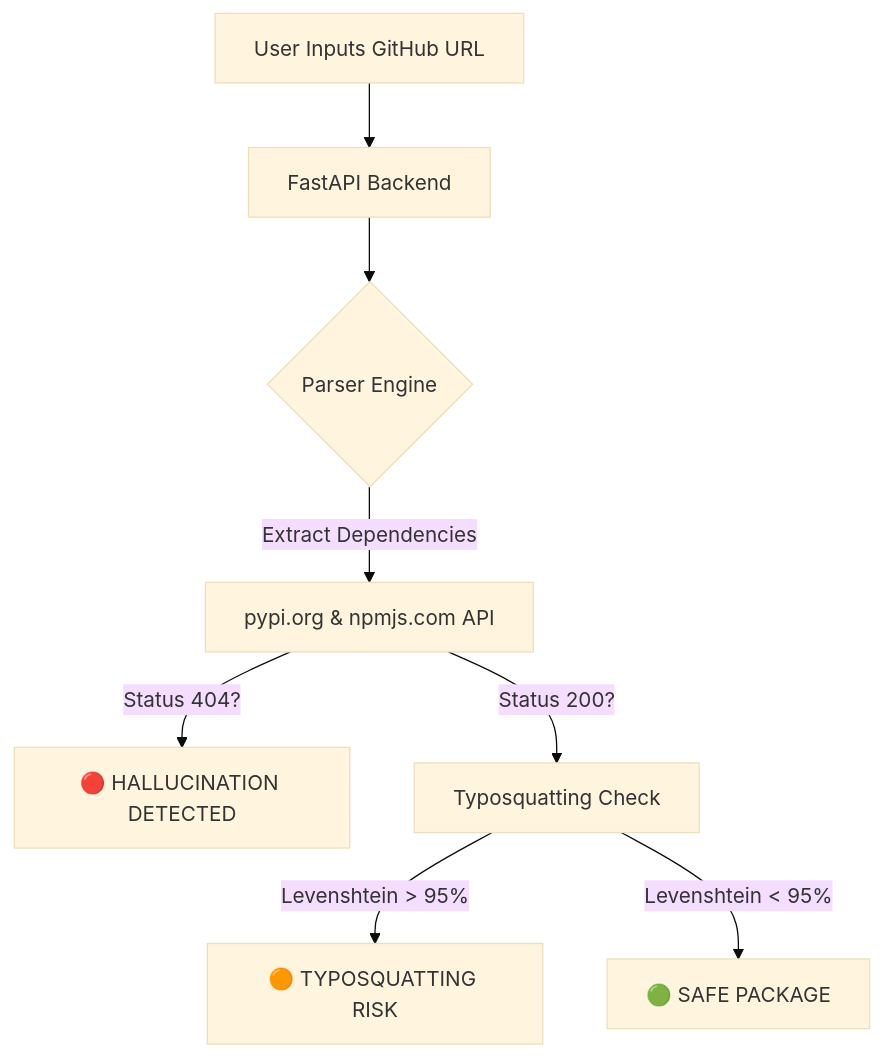
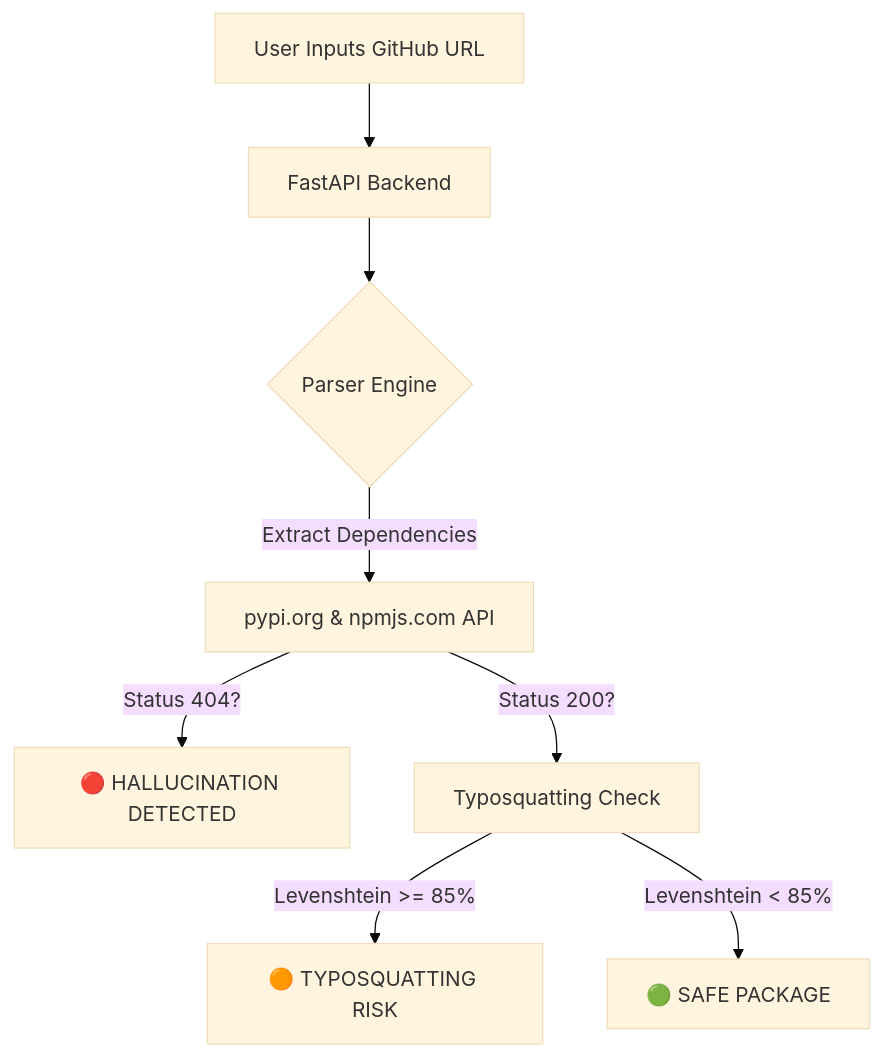
Before and after one commit to manaswi1710/senitel: the diagram in README.md, drawn with Mermaid (base theme).

Commit message:
Update Levenshtein threshold in README diagram

````diff
--- a/README.md
+++ b/README.md
@@ -44,10 +44,10 @@
 ```mermaid
 graph TD
     A[User Inputs GitHub URL] --> B[FastAPI Backend]
     B --> C{Parser Engine}
     C -->|Extract Dependencies| D[pypi.org & npmjs.com API]
     D -->|Status 404?| E[🔴 HALLUCINATION DETECTED]
     D -->|Status 200?| F[Typosquatting Check]
-    F -->|Levenshtein > 95%| G[🟠 TYPOSQUATTING RISK]
-    F -->|Levenshtein < 95%| H[🟢 SAFE PACKAGE]
+    F -->|Levenshtein >= 85%| G[🟠 TYPOSQUATTING RISK]
+    F -->|Levenshtein < 85%| H[🟢 SAFE PACKAGE]
 ```
````
